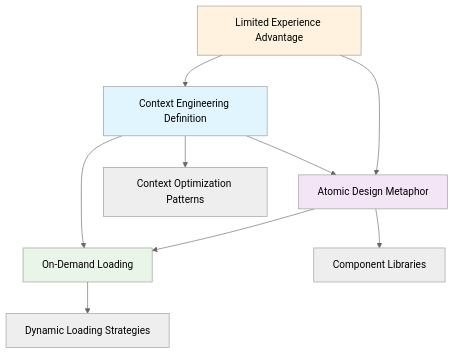
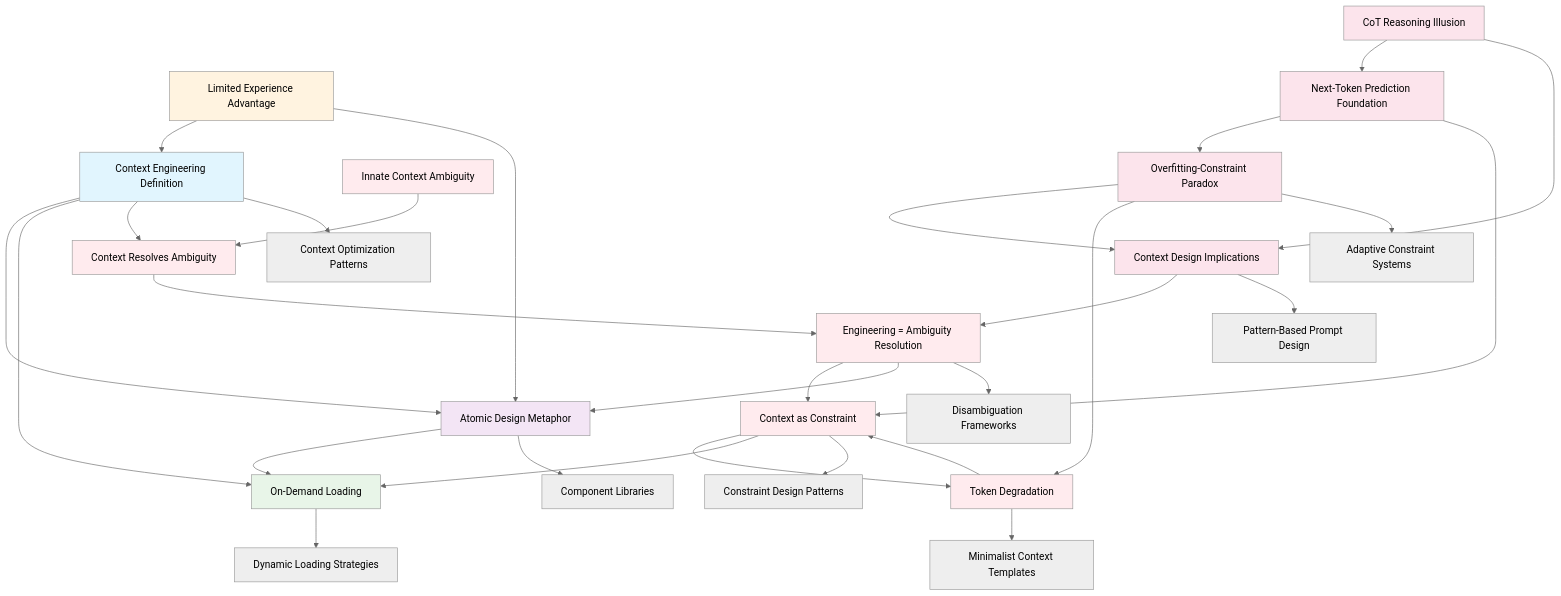
Before and after one commit to fernandobandeira/djinn: the diagram in zettelkasten/hubs/context-engineering-foundations.md, drawn with Mermaid (neutral theme). The commit also changed other lines of this file and 19 other files, not shown here.

First line of the commit message:
feat: Add context engineering insights and enhance Zettelkasten system

````diff
--- a/zettelkasten/hubs/context-engineering-foundations.md
+++ b/zettelkasten/hubs/context-engineering-foundations.md
@@ -32,17 +79,53 @@
 ```mermaid
 graph TD
     A[Context Engineering Definition] --> B[Atomic Design Metaphor]
     A --> C[On-Demand Loading]
     B --> C
     D[Limited Experience Advantage] --> A
     D --> B
     
-    A --> E[Context Optimization Patterns]
-    B --> F[Component Libraries]
-    C --> G[Dynamic Loading Strategies]
+    %% BREAKTHROUGH CLUSTER 1: Ambiguity Resolution
+    E[Innate Context Ambiguity] --> F[Context Resolves Ambiguity]
+    F --> G[Engineering = Ambiguity Resolution]
+    G --> H[Context as Constraint]
+    H --> I[Token Degradation]
+    
+    %% BREAKTHROUGH CLUSTER 2: LLM Reasoning Paradigm
+    J[CoT Reasoning Illusion] --> K[Next-Token Prediction Foundation]
+    K --> L[Overfitting-Constraint Paradox]
+    L --> M[Context Design Implications]
+    
+    %% Cross-cluster connections
+    A --> F
+    G --> B
+    H --> C
+    I --> H
+    K --> H
+    L --> I
+    M --> G
+    J --> M
+    
+    %% Applications
+    A --> N[Context Optimization Patterns]
+    B --> O[Component Libraries]
+    C --> P[Dynamic Loading Strategies]
+    G --> Q[Disambiguation Frameworks]
+    H --> R[Constraint Design Patterns]
+    I --> S[Minimalist Context Templates]
+    M --> T[Pattern-Based Prompt Design]
+    L --> U[Adaptive Constraint Systems]
     
     style A fill:#e1f5fe
     style B fill:#f3e5f5
     style C fill:#e8f5e8
     style D fill:#fff3e0
+    style E fill:#ffebee
+    style F fill:#ffebee
+    style G fill:#ffebee
+    style H fill:#ffebee
+    style I fill:#ffebee
+    style J fill:#fce4ec
+    style K fill:#fce4ec
+    style L fill:#fce4ec
+    style M fill:#fce4ec
 ```
````
